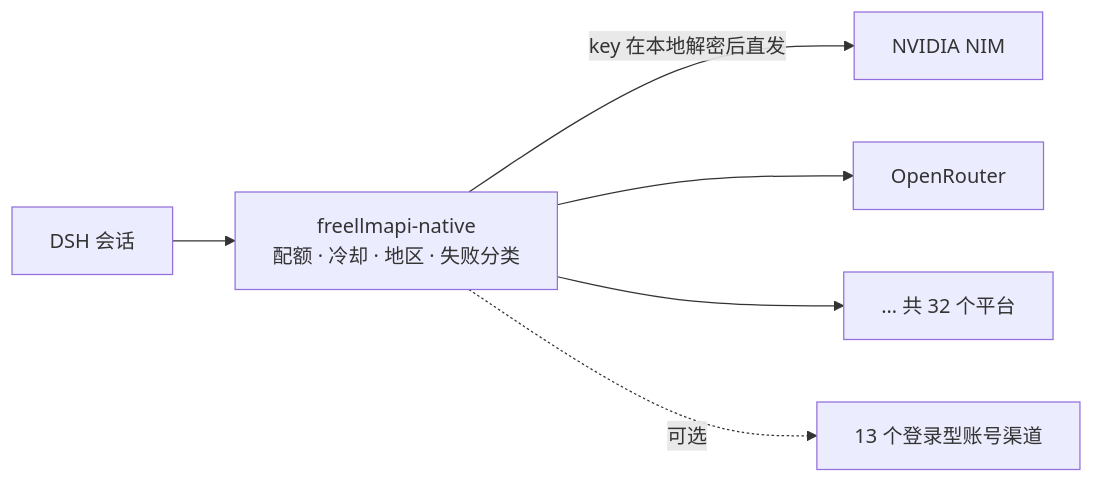
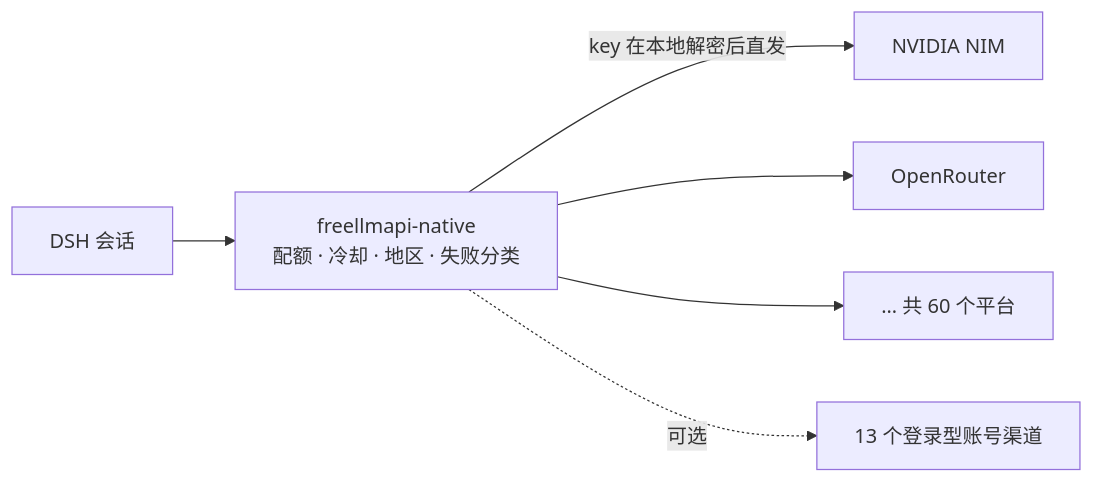
One commit to duncanpanic/dsh-freellmapi changed the diagram in README.md. Above: the diagram before and after it, drawn with Mermaid. The commit also changed other lines of this file and 5 other files, not shown here.

Commit message:
feat: CatalogSource architecture with 6 directory sources

````diff
--- a/README.md
+++ b/README.md
@@ -32,8 +32,8 @@
 ```mermaid
 flowchart LR
   S[DSH 会话] --> A[freellmapi-native<br/>配额 · 冷却 · 地区 · 失败分类]
   A -->|key 在本地解密后直发| P1[NVIDIA NIM]
   A --> P2[OpenRouter]
-  A --> P3[… 共 32 个平台]
+  A --> P3[… 共 60 个平台]
   A -.->|可选| C[13 个登录型账号渠道]
 ```
````
